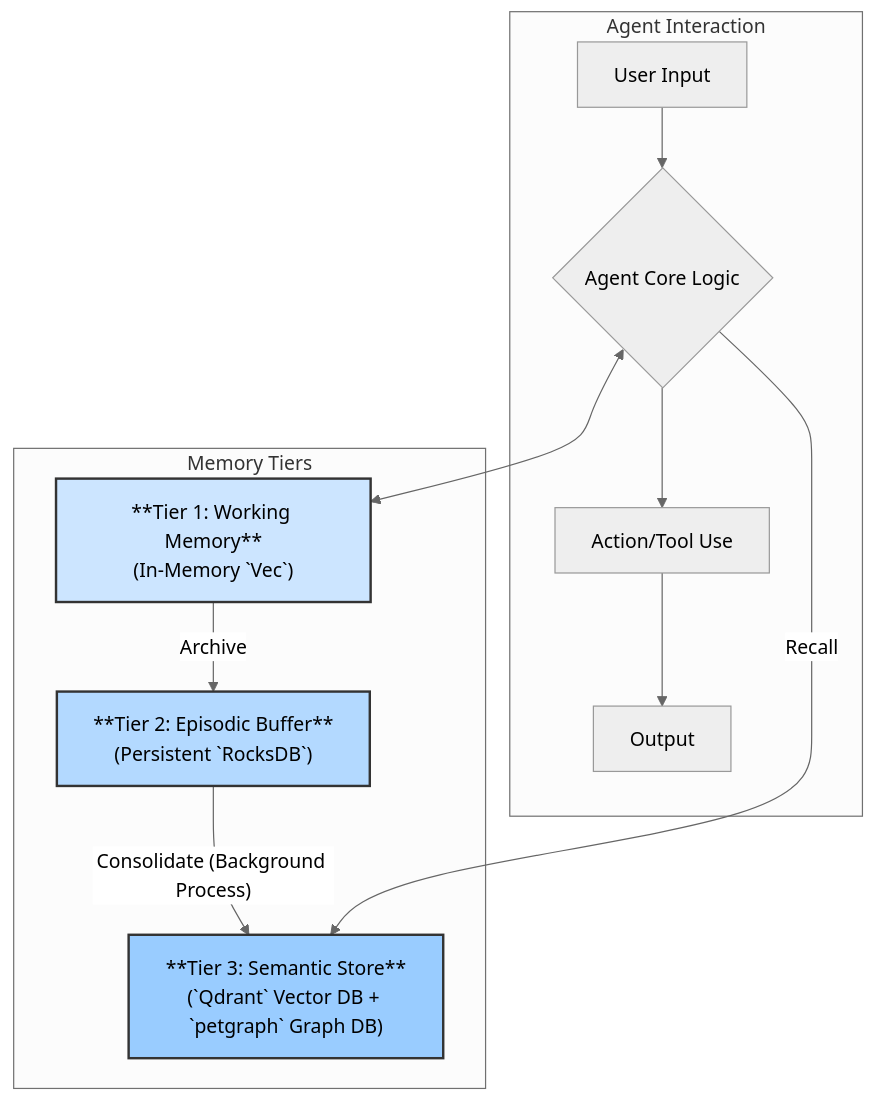
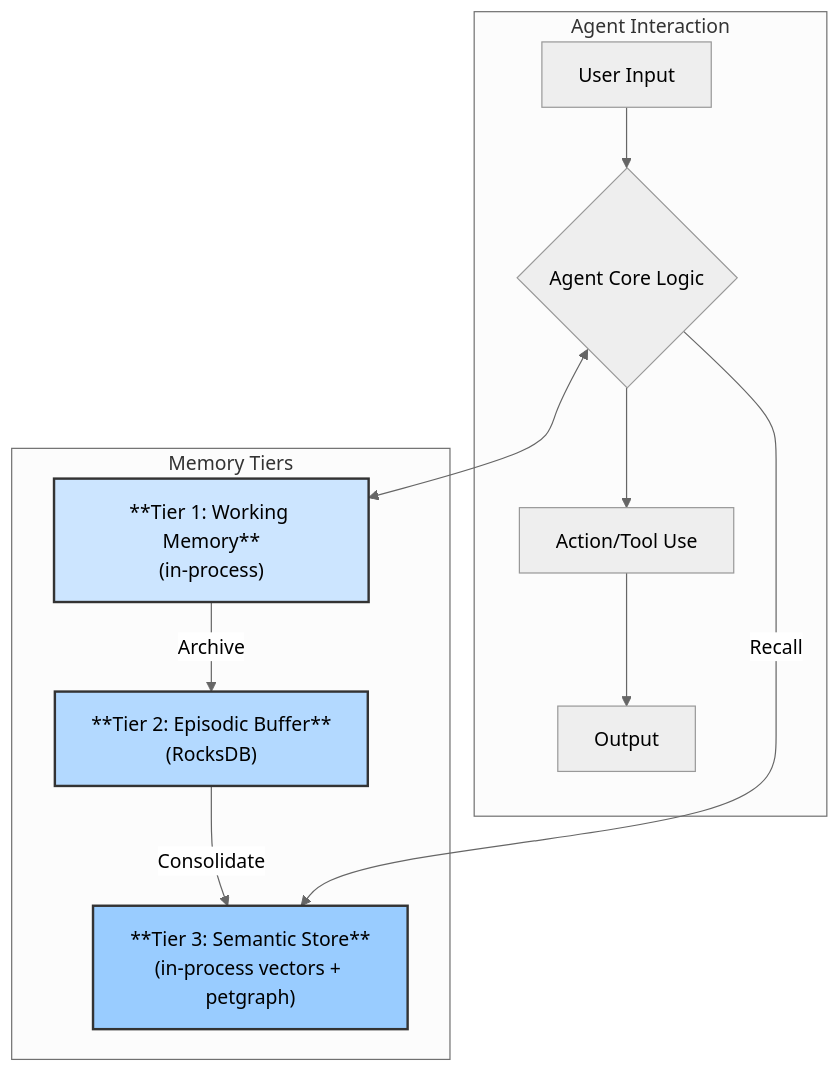
The diagram in kowalski-core/MEMORY_ARCHITECTURE.md (yarenty/kowalski), drawn with Mermaid (neutral theme) before and after one commit. The commit also changed other lines of this file and 16 other files, not shown here.

````diff
--- a/kowalski-core/MEMORY_ARCHITECTURE.md
+++ b/kowalski-core/MEMORY_ARCHITECTURE.md
@@ -11,23 +11,23 @@
 ```mermaid
 graph TD
     subgraph Agent Interaction
         A[User Input] --> B{Agent Core Logic};
         B --> C[Action/Tool Use];
         C --> D[Output];
     end
 
     subgraph Memory Tiers
-        T1["**Tier 1: Working Memory**<br>(In-Memory `Vec<MemoryUnit>`)"]
-        T2["**Tier 2: Episodic Buffer**<br>(Persistent `RocksDB`)"]
-        T3["**Tier 3: Semantic Store**<br>(`Qdrant` Vector DB + `petgraph` Graph DB)"]
+        T1["**Tier 1: Working Memory**<br>(in-process)"]
+        T2["**Tier 2: Episodic Buffer**<br>(RocksDB)"]
+        T3["**Tier 3: Semantic Store**<br>(in-process vectors + petgraph)"]
     end
 
     B <--> T1;
     T1 -- Archive --> T2;
-    T2 -- Consolidate (Background Process) --> T3;
+    T2 -- Consolidate --> T3;
     B -- Recall --> T3;
 
     style T1 fill:#cce5ff,stroke:#333,stroke-width:2px
     style T2 fill:#b3d9ff,stroke:#333,stroke-width:2px
     style T3 fill:#99ccff,stroke:#333,stroke-width:2px
 ```
````
